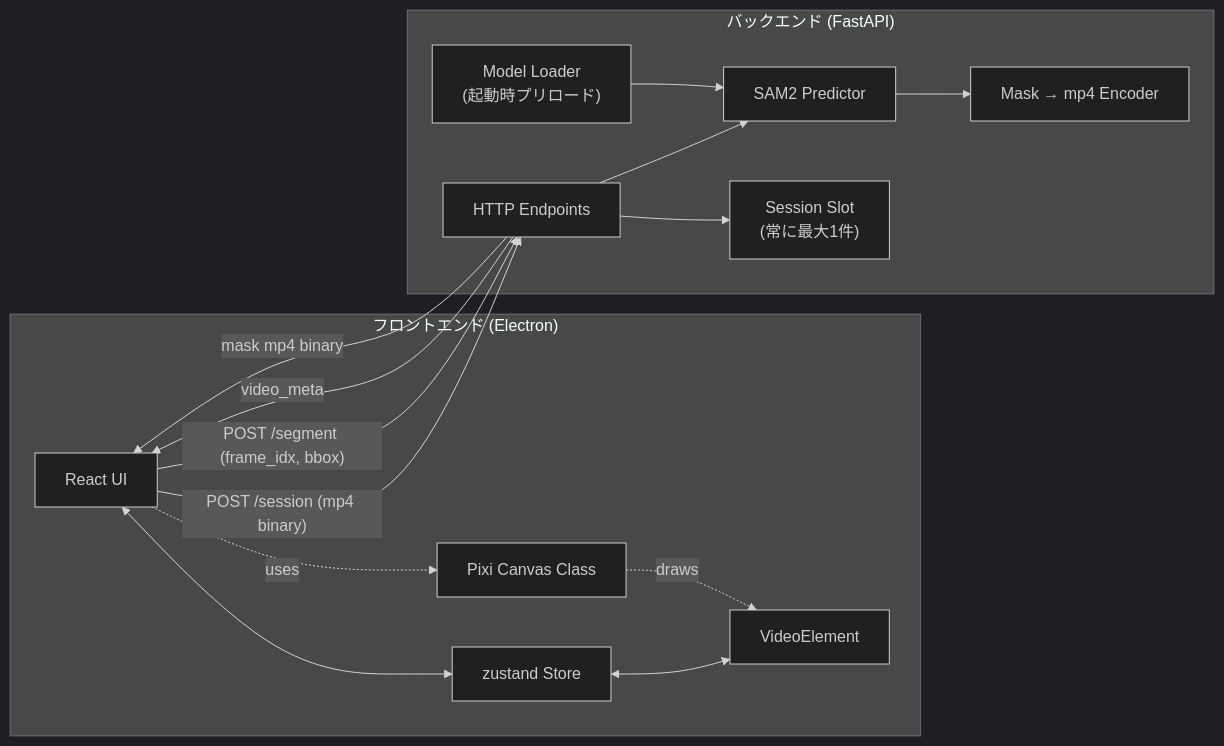
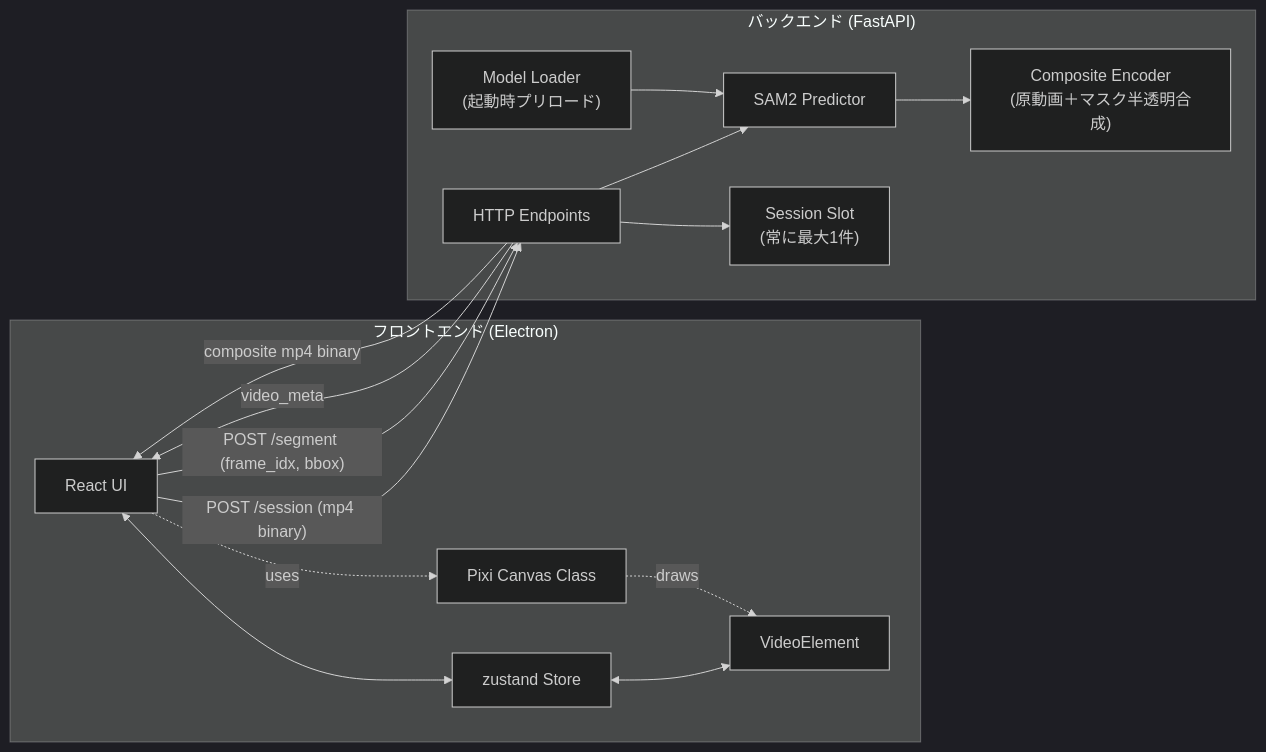
One commit to kanosawa/omnimatte-editor changed the first of 2 diagrams in docs/spec/02-architecture.md. Above: the diagram before and after it, drawn with Mermaid (dark theme). The commit also changed other lines of this file and 10 other files, not shown here.

````diff
--- a/docs/spec/02-architecture.md
+++ b/docs/spec/02-architecture.md
@@ -5,30 +5,30 @@
 ```mermaid
 flowchart LR
     subgraph FE["フロントエンド (Electron)"]
         UI[React UI]
         Store[zustand Store]
         VE[VideoElement]
         Canvas[Pixi Canvas Class]
         UI <--> Store
         Store <--> VE
         UI -.uses.-> Canvas
         Canvas -.draws.-> VE
     end
 
     subgraph BE["バックエンド (FastAPI)"]
         API[HTTP Endpoints]
         Loader["Model Loader<br/>(起動時プリロード)"]
         Pred[SAM2 Predictor]
         Sess["Session Slot<br/>(常に最大1件)"]
-        Enc[Mask → mp4 Encoder]
+        Enc["Composite Encoder<br/>(原動画＋マスク半透明合成)"]
         API --> Sess
         API --> Pred
         Loader --> Pred
         Pred --> Enc
     end
 
     UI -- "POST /session (mp4 binary)" --> API
     API -- "video_meta" --> UI
     UI -- "POST /segment (frame_idx, bbox)" --> API
-    API -- "mask mp4 binary" --> UI
+    API -- "composite mp4 binary" --> UI
 ```
````
